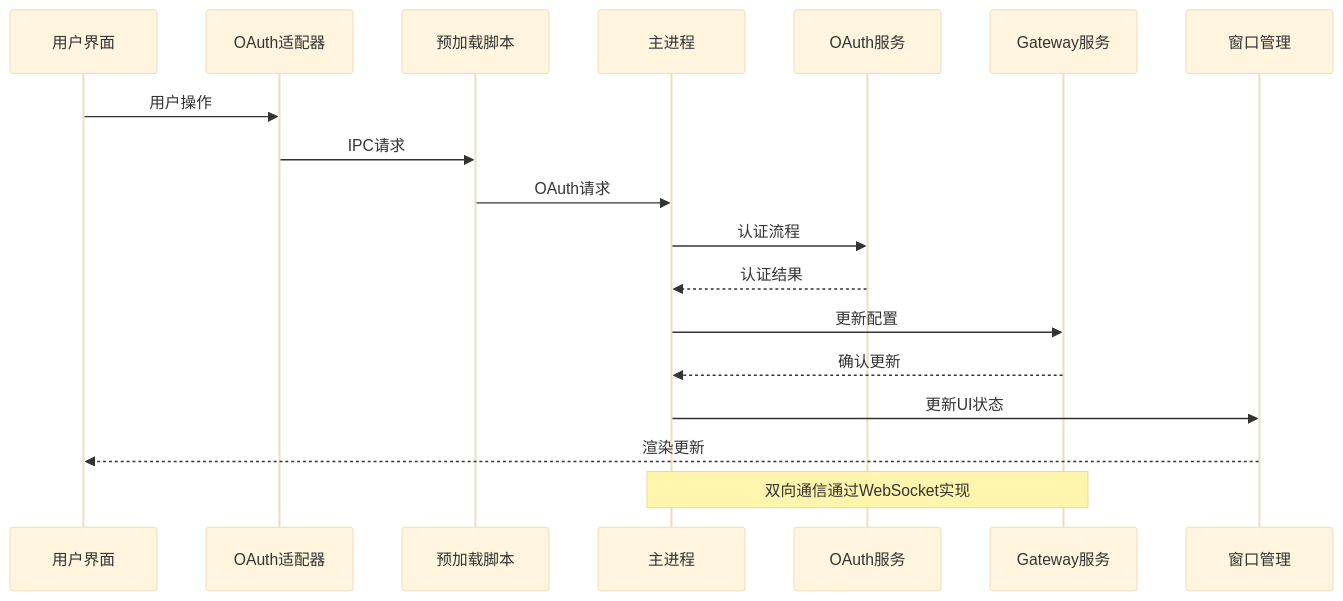
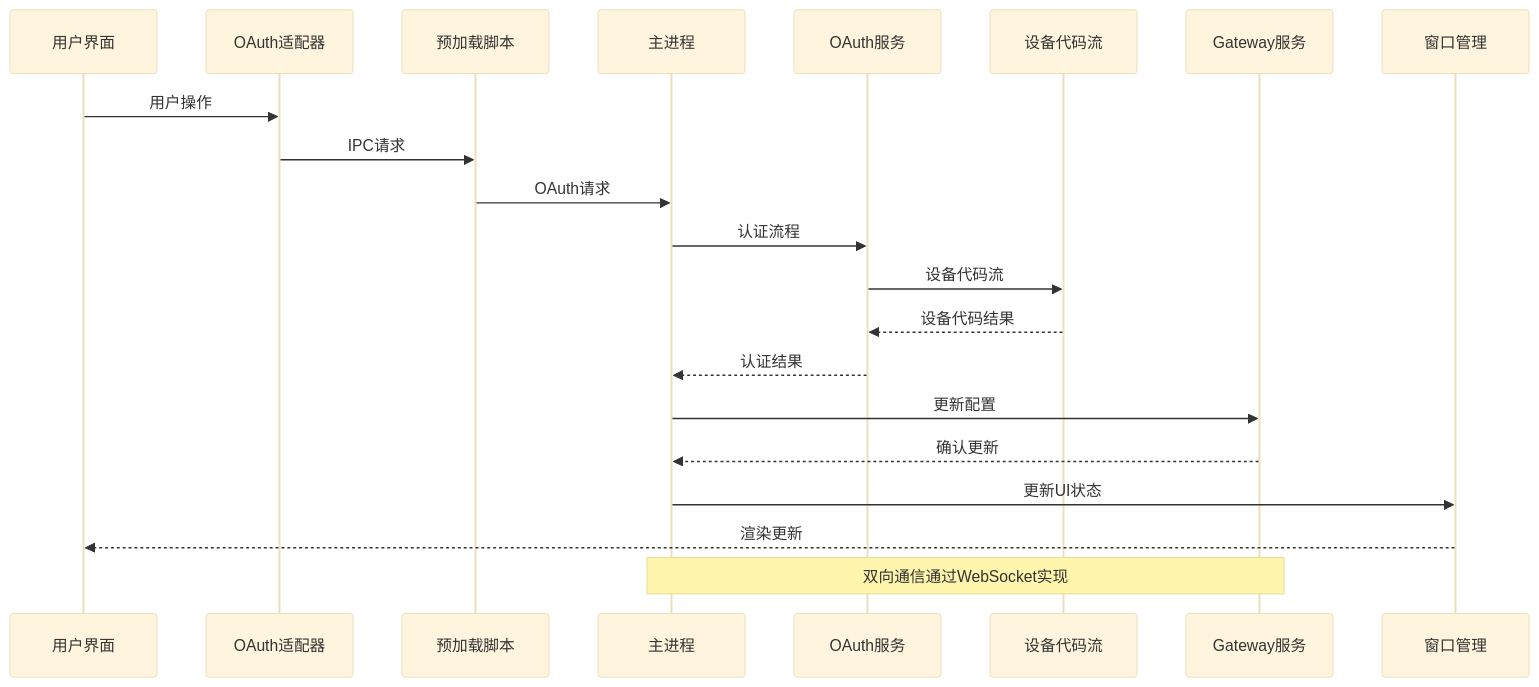
The third of 19 diagrams in .qoder/repowiki/zh/content/核心概念/Electron应用增强.md (verse-ai-org/openclaw), drawn with Mermaid (base theme) before and after one commit. The commit also changed other lines of this file and 19 other files, not shown here.

````diff
--- a/.qoder/repowiki/zh/content/核心概念/Electron应用增强.md
+++ b/.qoder/repowiki/zh/content/核心概念/Electron应用增强.md
@@ -205,20 +231,23 @@
 ```mermaid
 sequenceDiagram
 participant UI as 用户界面
 participant Adapter as OAuth适配器
 participant Preload as 预加载脚本
 participant Main as 主进程
 participant OAuth as OAuth服务
+participant DeviceFlow as 设备代码流
 participant Gateway as Gateway服务
 participant Window as 窗口管理
 UI->>Adapter : 用户操作
 Adapter->>Preload : IPC请求
 Preload->>Main : OAuth请求
 Main->>OAuth : 认证流程
+OAuth->>DeviceFlow : 设备代码流
+DeviceFlow-->>OAuth : 设备代码结果
 OAuth-->>Main : 认证结果
 Main->>Gateway : 更新配置
 Gateway-->>Main : 确认更新
 Main->>Window : 更新UI状态
 Window-->>UI : 渲染更新
 Note over Main,Gateway : 双向通信通过WebSocket实现
 ```
````
